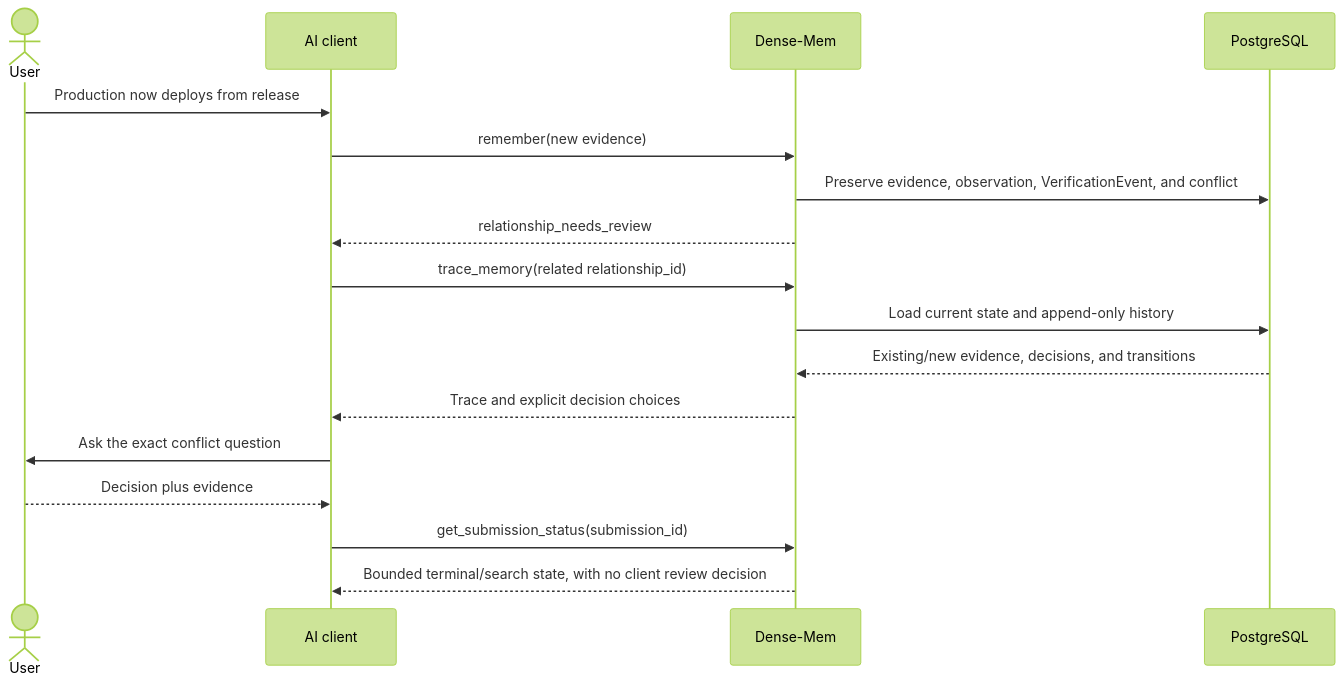
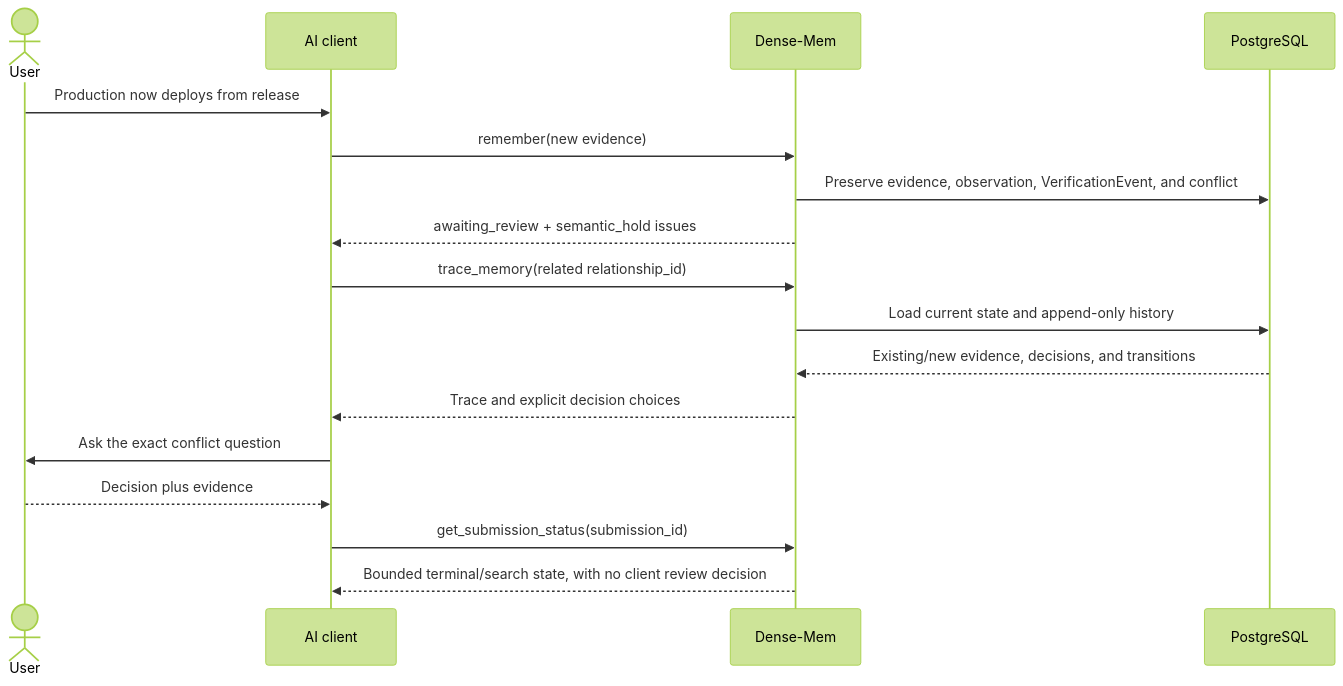
Before and after one commit to markhuangai/dense-mem: the first of 4 diagrams in Conflicts-And-Corrections.md, drawn with Mermaid (forest theme). The commit also changed other lines of this file and 24 other files, not shown here.

````diff
--- a/Conflicts-And-Corrections.md
+++ b/Conflicts-And-Corrections.md
@@ -20,21 +20,21 @@
 ```mermaid
 %%{init: {"sequence": {"rightAngles": true}}}%%
 sequenceDiagram
   actor User
   participant Host as AI client
   participant DM as Dense-Mem
   participant PG as PostgreSQL
 
   User->>Host: Production now deploys from release
   Host->>DM: remember(new evidence)
   DM->>PG: Preserve evidence, observation, VerificationEvent, and conflict
-  DM-->>Host: relationship_needs_review
+  DM-->>Host: awaiting_review + semantic_hold issues
   Host->>DM: trace_memory(related relationship_id)
   DM->>PG: Load current state and append-only history
   PG-->>DM: Existing/new evidence, decisions, and transitions
   DM-->>Host: Trace and explicit decision choices
   Host->>User: Ask the exact conflict question
   User-->>Host: Decision plus evidence
   Host->>DM: get_submission_status(submission_id)
   DM-->>Host: Bounded terminal/search state, with no client review decision
 ```
````
